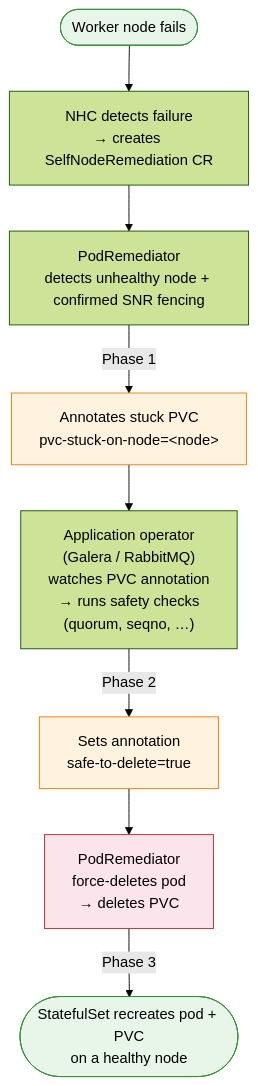
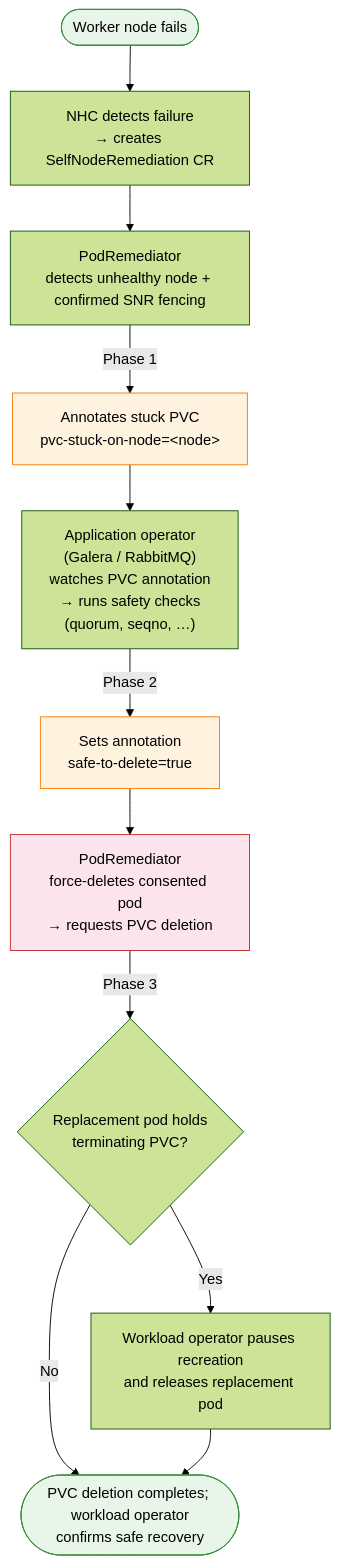
Before and after one commit to openstack-k8s-operators/infra-operator: the first of 2 diagrams in docs/podremediator_guide.md, drawn with Mermaid (forest theme). The commit also changed other lines of this file and 25 other files, not shown here.

Commit message:
Add guarded PodRemediator PVC deletion commits

````diff
--- a/docs/podremediator_guide.md
+++ b/docs/podremediator_guide.md
@@ -20,30 +20,34 @@
 ```mermaid
 flowchart TD
     A([Worker node fails]) --> B
 
     B["NHC detects failure\n→ creates SelfNodeRemediation CR"]
     B --> C
 
     C["PodRemediator\ndetects unhealthy node + confirmed SNR fencing"]
     C -->|Phase 1| D
 
     D["Annotates stuck PVC\npvc-stuck-on-node=&lt;node&gt;"]
     D --> E
 
     E["Application operator\n(Galera / RabbitMQ)\nwatches PVC annotation\n→ runs safety checks\n  (quorum, seqno, …)"]
     E -->|Phase 2| F
 
     F["Sets annotation\nsafe-to-delete=true"]
     F --> G
 
-    G["PodRemediator\nforce-deletes pod\n→ deletes PVC"]
+    G["PodRemediator\nforce-deletes consented pod\n→ requests PVC deletion"]
     G -->|Phase 3| H
 
-    H([StatefulSet recreates pod + PVC\non a healthy node])
+    H{"Replacement pod holds\nterminating PVC?"}
+    H -->|Yes| I["Workload operator pauses recreation\nand releases replacement pod"]
+    H -->|No| J
+    I --> J
+    J(["PVC deletion completes; workload operator\nconfirms safe recovery"])
 
     style A fill:#e8f5e9,stroke:#388e3c
-    style H fill:#e8f5e9,stroke:#388e3c
+    style J fill:#e8f5e9,stroke:#388e3c
     style D fill:#fff3e0,stroke:#f57c00
     style F fill:#fff3e0,stroke:#f57c00
     style G fill:#fce4ec,stroke:#c62828
 ```
````
